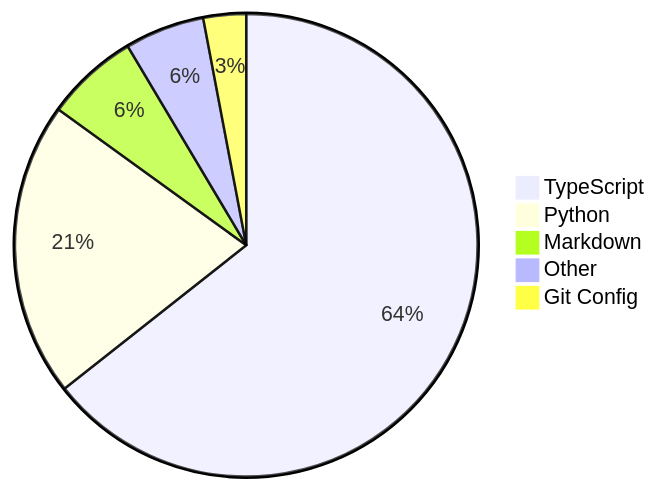
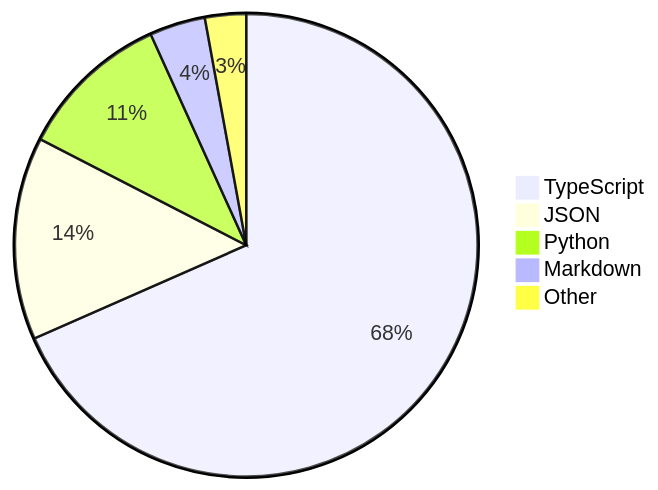
Before and after one commit to skvggor/skvggor: the diagram in README.md, drawn with Mermaid.

Commit message:
Updated waka-readme graph with new metrics

````diff
--- a/README.md
+++ b/README.md
@@ -39,8 +39,8 @@
 ```mermaid
 pie
-    "TypeScript" : 62.5
-    "Python" : 20.0
-    "Markdown" : 6.3
-    "Other" : 5.4
-    "Git Config" : 2.9
+    "TypeScript" : 66.7
+    "JSON" : 13.8
+    "Python" : 10.4
+    "Markdown" : 3.8
+    "Other" : 2.8
 ```
````
